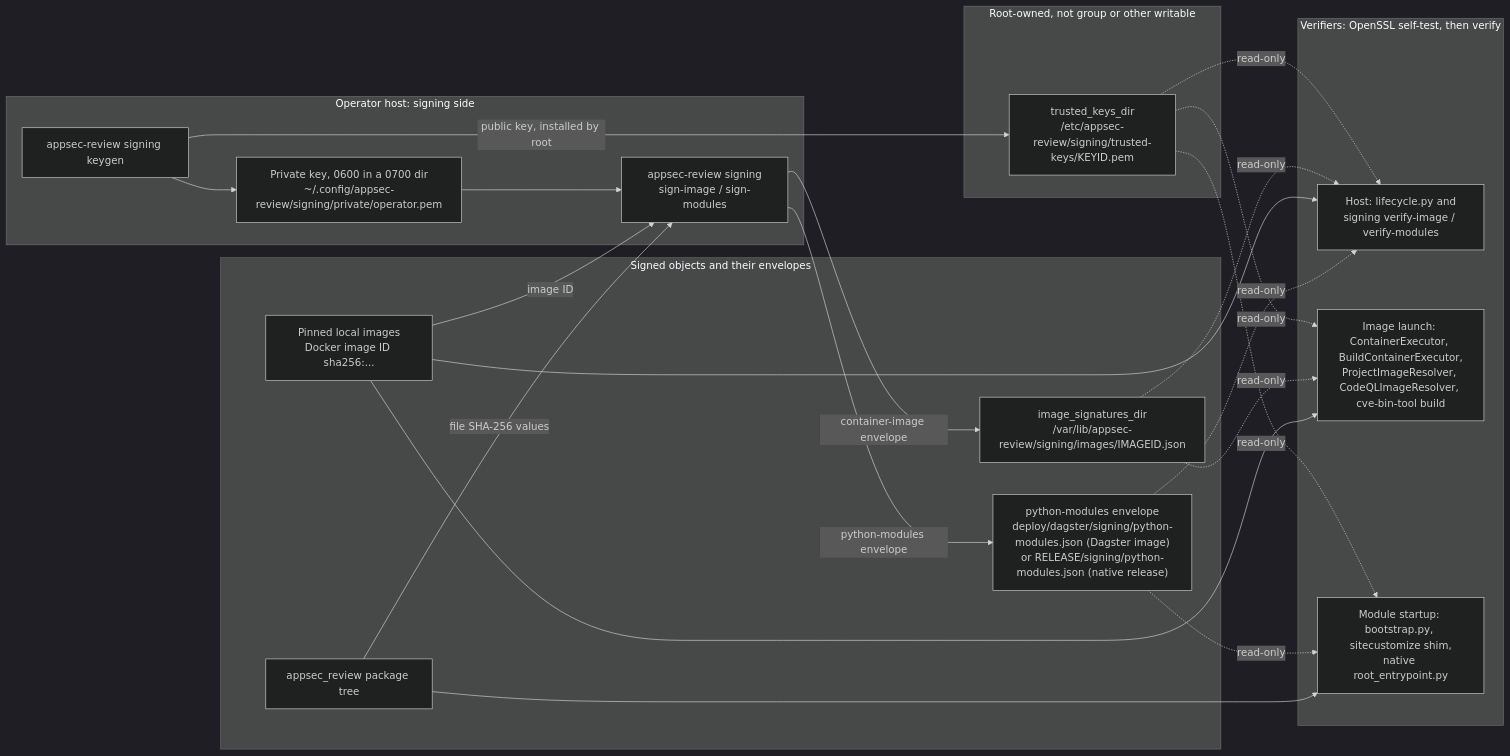
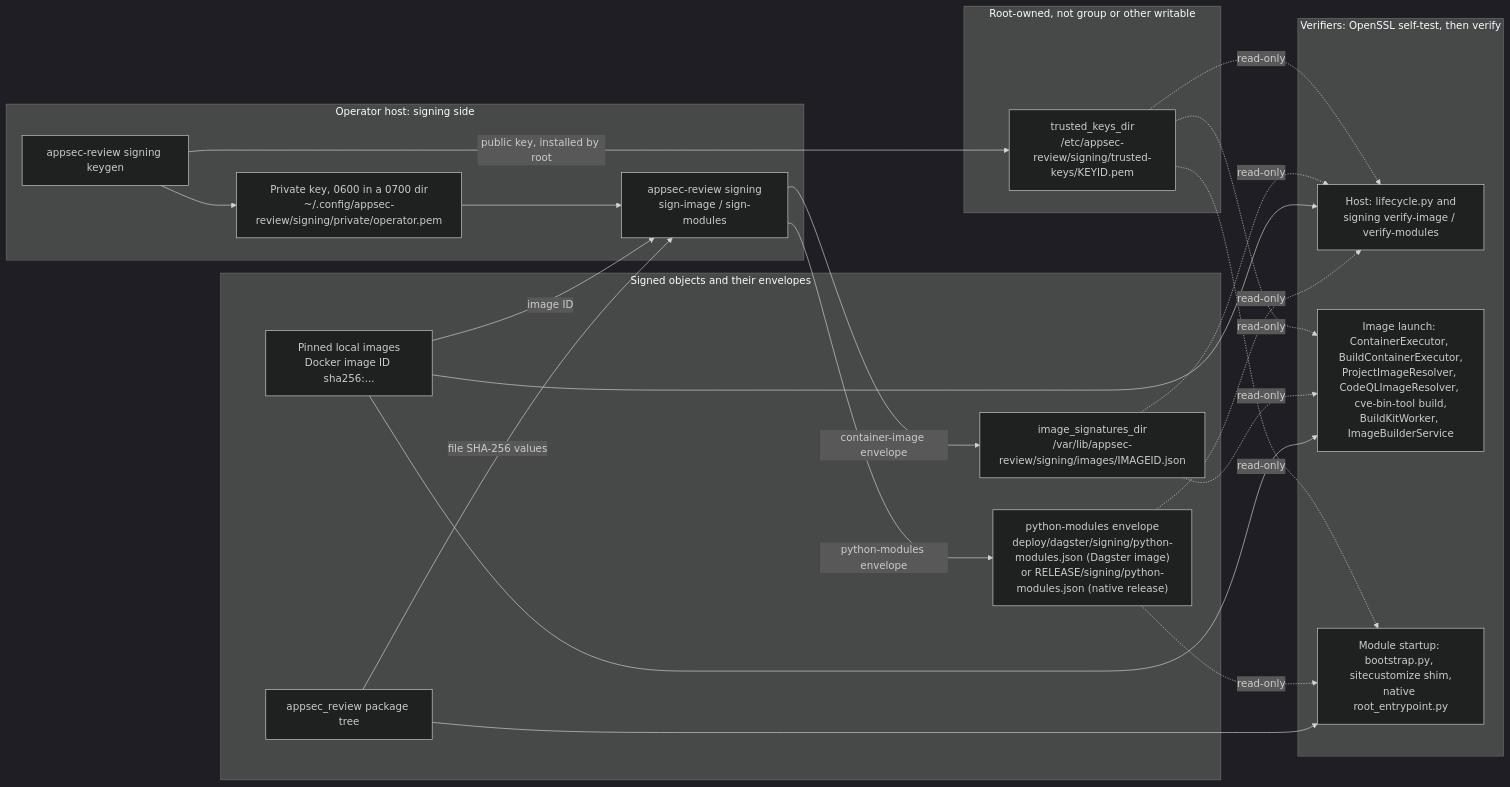
Before and after one commit to wsollers/appsec-review: the first of 4 diagrams in docs/operations/signing.md, drawn with Mermaid (dark theme). The commit also changed other lines of this file and 3 other files, not shown here.

First line of the commit message:
Signing: verify BuildKit worker and image-builder service images

````diff
--- a/docs/operations/signing.md
+++ b/docs/operations/signing.md
@@ -73,34 +73,34 @@
 ```mermaid
 flowchart LR
     subgraph host["Operator host: signing side"]
         keygen["appsec-review signing keygen"]
         key["Private key, 0600 in a 0700 dir<br/>~/.config/appsec-review/signing/private/operator.pem"]
         signer["appsec-review signing<br/>sign-image / sign-modules"]
     end
     subgraph anchors["Root-owned, not group or other writable"]
         trusted["trusted_keys_dir<br/>/etc/appsec-review/signing/trusted-keys/KEYID.pem"]
     end
     subgraph objects["Signed objects and their envelopes"]
         images["Pinned local images<br/>Docker image ID sha256:..."]
         sigs["image_signatures_dir<br/>/var/lib/appsec-review/signing/images/IMAGEID.json"]
         tree["appsec_review package tree"]
         manifest["python-modules envelope<br/>deploy/dagster/signing/python-modules.json (Dagster image)<br/>or RELEASE/signing/python-modules.json (native release)"]
     end
     subgraph verifiers["Verifiers: OpenSSL self-test, then verify"]
         hostv["Host: lifecycle.py and<br/>signing verify-image / verify-modules"]
-        imgv["Image launch: ContainerExecutor, BuildContainerExecutor,<br/>ProjectImageResolver, CodeQLImageResolver, cve-bin-tool build"]
+        imgv["Image launch: ContainerExecutor, BuildContainerExecutor,<br/>ProjectImageResolver, CodeQLImageResolver, cve-bin-tool build,<br/>BuildKitWorker, ImageBuilderService"]
         modv["Module startup: bootstrap.py, sitecustomize shim,<br/>native root_entrypoint.py"]
     end
     keygen --> key
     keygen -- "public key, installed by root" --> trusted
     key --> signer
     images -- "image ID" --> signer
     tree -- "file SHA-256 values" --> signer
     signer -- "container-image envelope" --> sigs
     signer -- "python-modules envelope" --> manifest
     trusted -. "read-only" .-> hostv & imgv & modv
     sigs -. "read-only" .-> hostv & imgv
     images --> hostv & imgv
     manifest -. "read-only" .-> hostv & modv
     tree --> modv
 ```
````
